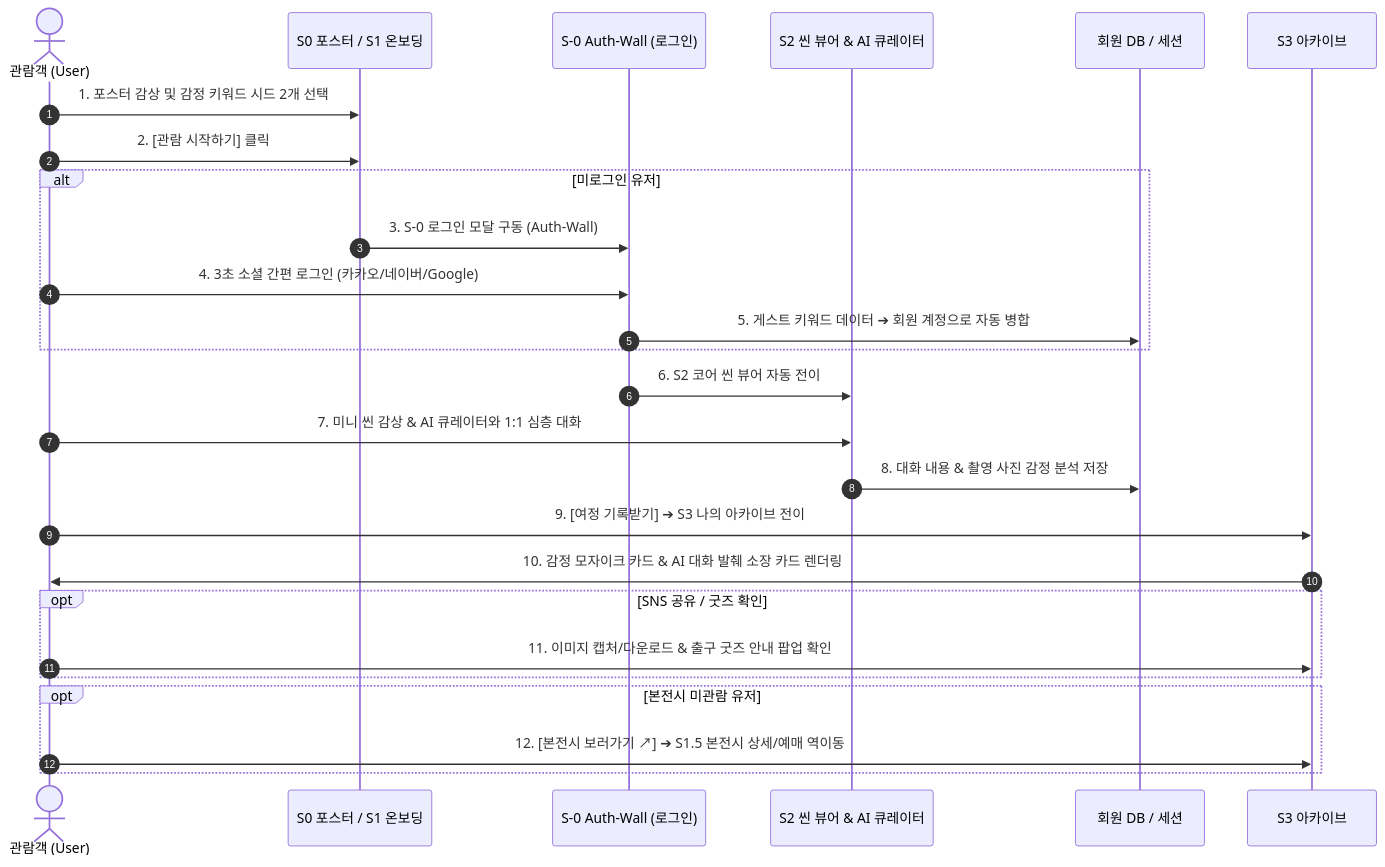
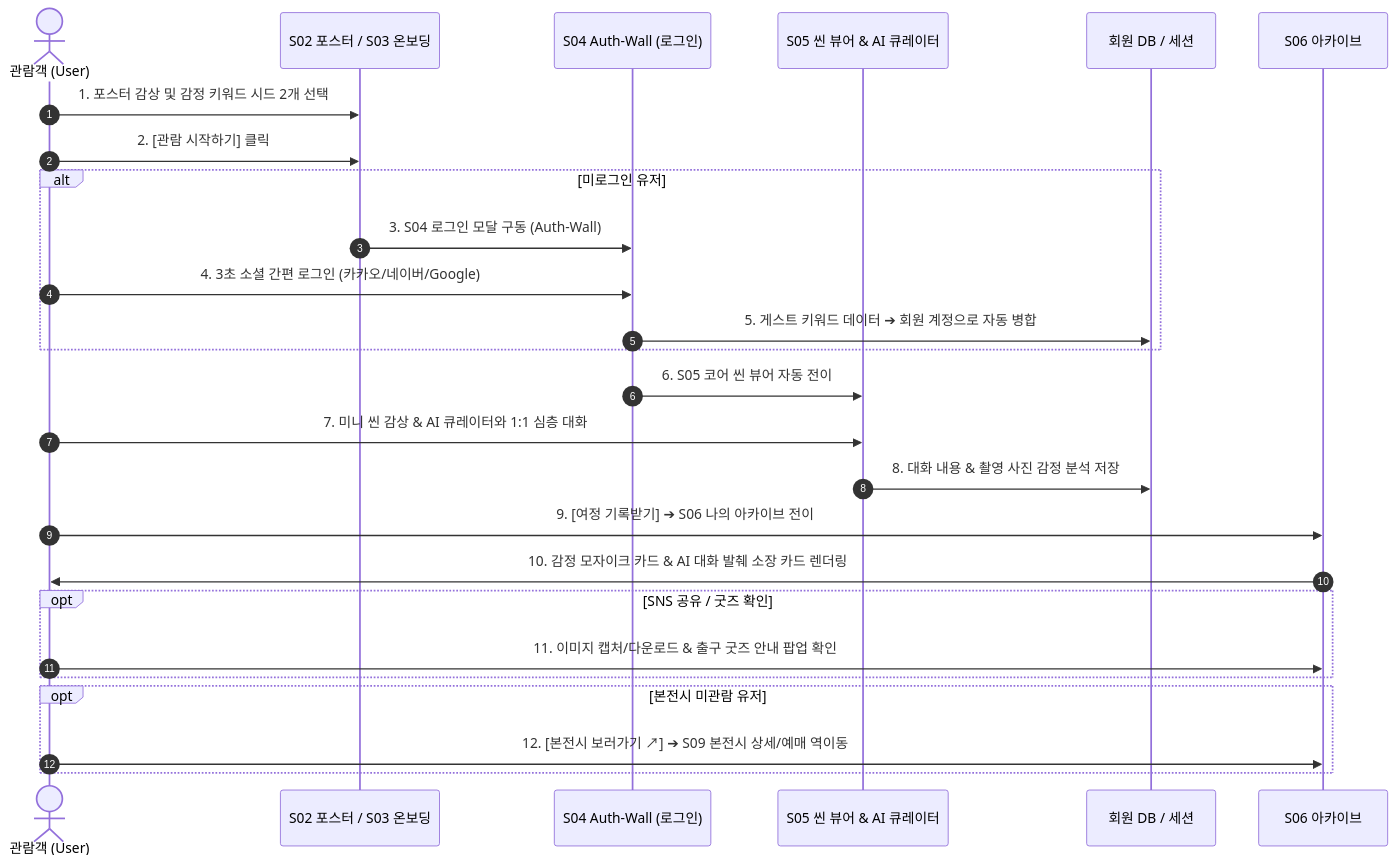
The second of 2 diagrams in docs/03_스핀오프-유저뷰/00_IA-및-플로우/스핀오프-유저뷰-화면플로우-v0.1.md (nino2767/afterglow), drawn with Mermaid before and after one commit. The commit also changed other lines of this file and 17 other files, not shown here.

````diff
--- a/docs/03_스핀오프-유저뷰/00_IA-및-플로우/스핀오프-유저뷰-화면플로우-v0.1.md
+++ b/docs/03_스핀오프-유저뷰/00_IA-및-플로우/스핀오프-유저뷰-화면플로우-v0.1.md
@@ -77,34 +77,34 @@
 ```mermaid
 sequenceDiagram
     autonumber
     actor User as 관람객 (User)
-    participant S0 as S0 포스터 / S1 온보딩
-    participant Auth as S-0 Auth-Wall (로그인)
-    participant S2 as S2 씬 뷰어 & AI 큐레이터
+    participant S02 as S02 포스터 / S03 온보딩
+    participant Auth as S04 Auth-Wall (로그인)
+    participant S05 as S05 씬 뷰어 & AI 큐레이터
     participant DB as 회원 DB / 세션
-    participant S3 as S3 아카이브
+    participant S06 as S06 아카이브
 
-    User->>S0: 1. 포스터 감상 및 감정 키워드 시드 2개 선택
-    User->>S0: 2. [관람 시작하기] 클릭
+    User->>S02: 1. 포스터 감상 및 감정 키워드 시드 2개 선택
+    User->>S02: 2. [관람 시작하기] 클릭
     
     alt 미로그인 유저
-        S0->>Auth: 3. S-0 로그인 모달 구동 (Auth-Wall)
+        S02->>Auth: 3. S04 로그인 모달 구동 (Auth-Wall)
         User->>Auth: 4. 3초 소셜 간편 로그인 (카카오/네이버/Google)
         Auth->>DB: 5. 게스트 키워드 데이터 ➔ 회원 계정으로 자동 병합
     end
 
-    Auth->>S2: 6. S2 코어 씬 뷰어 자동 전이
-    User->>S2: 7. 미니 씬 감상 & AI 큐레이터와 1:1 심층 대화
-    S2->>DB: 8. 대화 내용 & 촬영 사진 감정 분석 저장
+    Auth->>S05: 6. S05 코어 씬 뷰어 자동 전이
+    User->>S05: 7. 미니 씬 감상 & AI 큐레이터와 1:1 심층 대화
+    S05->>DB: 8. 대화 내용 & 촬영 사진 감정 분석 저장
 
-    User->>S3: 9. [여정 기록받기] ➔ S3 나의 아카이브 전이
-    S3->>User: 10. 감정 모자이크 카드 & AI 대화 발췌 소장 카드 렌더링
+    User->>S06: 9. [여정 기록받기] ➔ S06 나의 아카이브 전이
+    S06->>User: 10. 감정 모자이크 카드 & AI 대화 발췌 소장 카드 렌더링
     
     opt SNS 공유 / 굿즈 확인
-        User->>S3: 11. 이미지 캡처/다운로드 & 출구 굿즈 안내 팝업 확인
+        User->>S06: 11. 이미지 캡처/다운로드 & 출구 굿즈 안내 팝업 확인
     end
 
     opt 본전시 미관람 유저
-        User->>S3: 12. [본전시 보러가기 ↗] ➔ S1.5 본전시 상세/예매 역이동
+        User->>S06: 12. [본전시 보러가기 ↗] ➔ S09 본전시 상세/예매 역이동
     end
 ```
````
